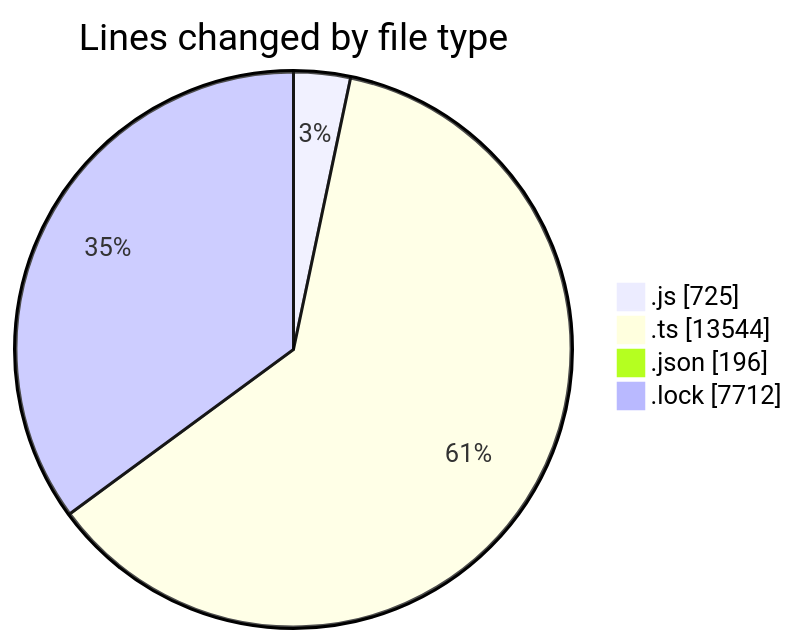
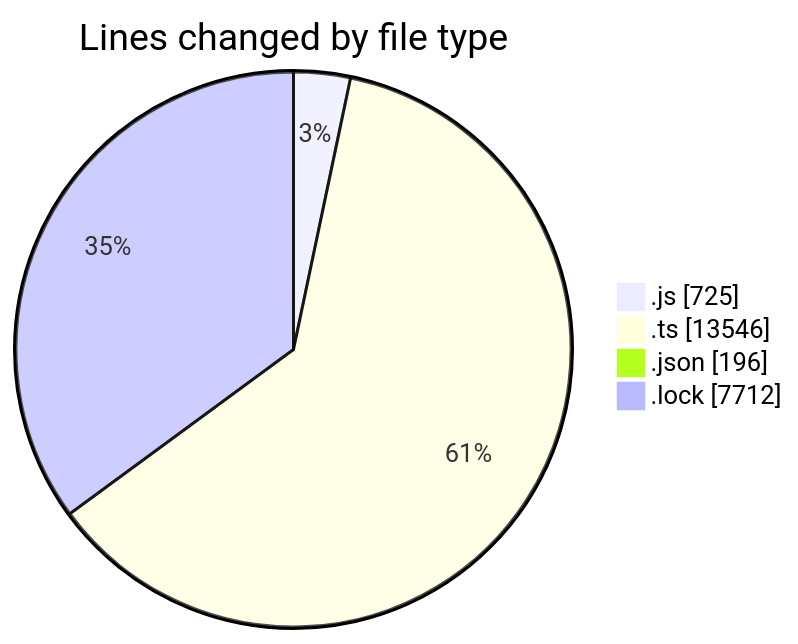
One commit to momahboobian/code-tracking changed the first of 2 diagrams in 2025-05-29/cda/README.md. Above: the diagram before and after it, drawn with Mermaid. The commit also changed other lines of this file and 1 other file, not shown here.

````diff
--- a/2025-05-29/cda/README.md
+++ b/2025-05-29/cda/README.md
@@ -36,8 +36,8 @@
 ```mermaid
 pie showData
 title Lines changed by file type
 ".js" : 725
-".ts" : 13544
+".ts" : 13546
 ".json" : 196
 ".lock" : 7712
 ```
````
